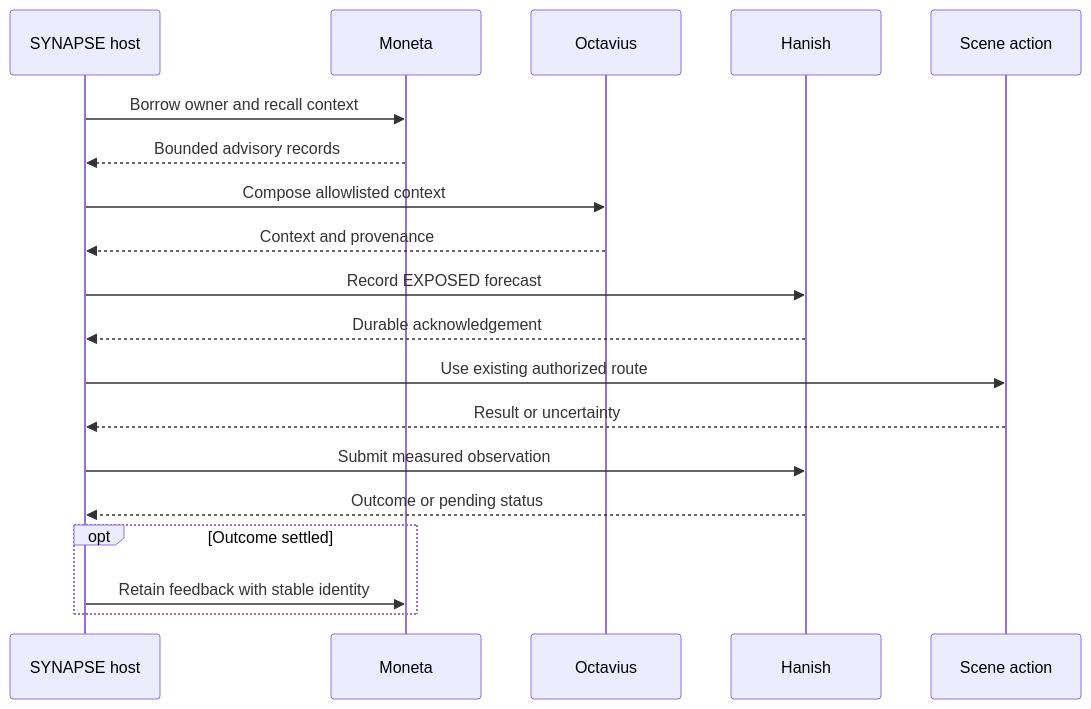
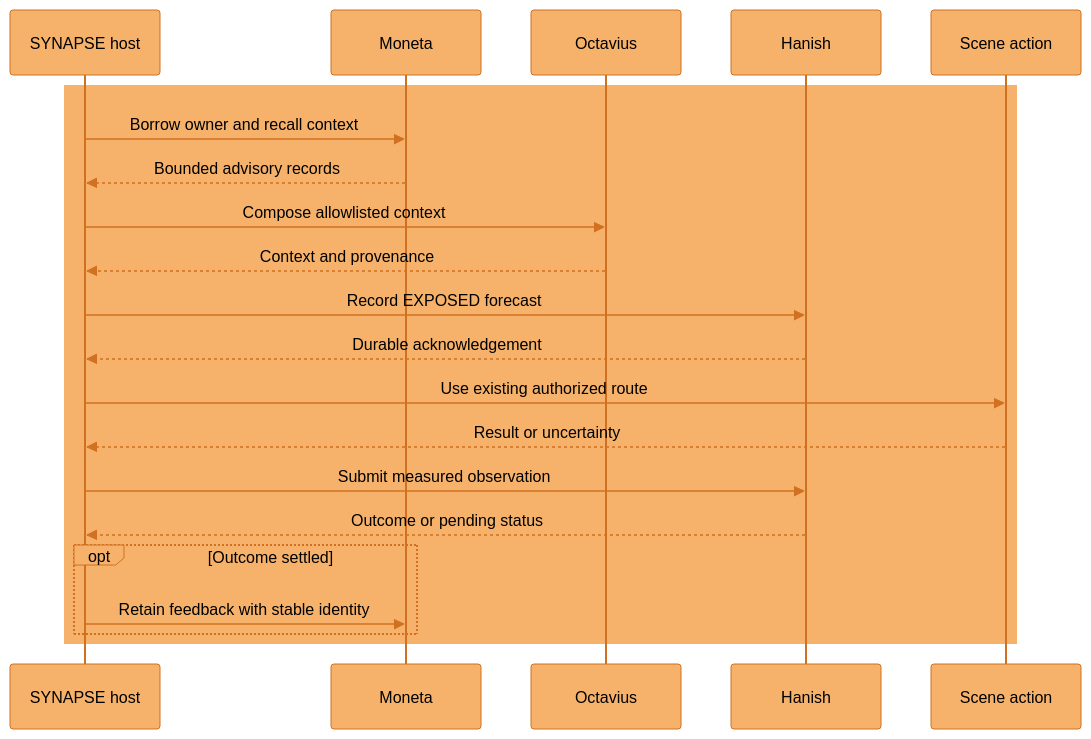
Before and after one commit to JosephOIbrahim/Synapse: the seventh of 9 diagrams in docs/architecture/overview.md, drawn with Mermaid. The commit also changed other lines of this file and 9 other files, not shown here.

````diff
--- a/docs/architecture/overview.md
+++ b/docs/architecture/overview.md
@@ -220,23 +226,26 @@
 ```mermaid
+%%{init: {'theme':'base','themeVariables':{'primaryColor':'#F6B26B','primaryTextColor':'#000000','primaryBorderColor':'#D07020','lineColor':'#D07020','textColor':'#000000','actorBkg':'#F6B26B','actorBorder':'#D07020','actorTextColor':'#000000','actorLineColor':'#D07020','signalColor':'#D07020','signalTextColor':'#000000','labelBoxBkgColor':'#F6B26B','labelBoxBorderColor':'#D07020','labelTextColor':'#000000','loopTextColor':'#000000','noteBkgColor':'#F6B26B','noteTextColor':'#000000','noteBorderColor':'#D07020'}}}%%
 sequenceDiagram
     accTitle: Optional observation around an existing scene action
     accDescr: The host borrows memory, composes context and records a forecast before the authorized action. It then records the result and retains settled feedback. Missing evidence remains unknown.
     participant Host as SYNAPSE host
     participant M as Moneta
     participant O as Octavius
     participant H as Hanish
     participant S as Scene action
-    Host->>M: Borrow owner and recall context
-    M-->>Host: Bounded advisory records
-    Host->>O: Compose allowlisted context
-    O-->>Host: Context and provenance
-    Host->>H: Record EXPOSED forecast
-    H-->>Host: Durable acknowledgement
-    Host->>S: Use existing authorized route
-    S-->>Host: Result or uncertainty
-    Host->>H: Submit measured observation
-    H-->>Host: Outcome or pending status
-    opt Outcome settled
-        Host->>M: Retain feedback with stable identity
+    rect rgb(246, 178, 107)
+        Host->>M: Borrow owner and recall context
+        M-->>Host: Bounded advisory records
+        Host->>O: Compose allowlisted context
+        O-->>Host: Context and provenance
+        Host->>H: Record EXPOSED forecast
+        H-->>Host: Durable acknowledgement
+        Host->>S: Use existing authorized route
+        S-->>Host: Result or uncertainty
+        Host->>H: Submit measured observation
+        H-->>Host: Outcome or pending status
+        opt Outcome settled
+            Host->>M: Retain feedback with stable identity
+        end
     end
 ```
````
